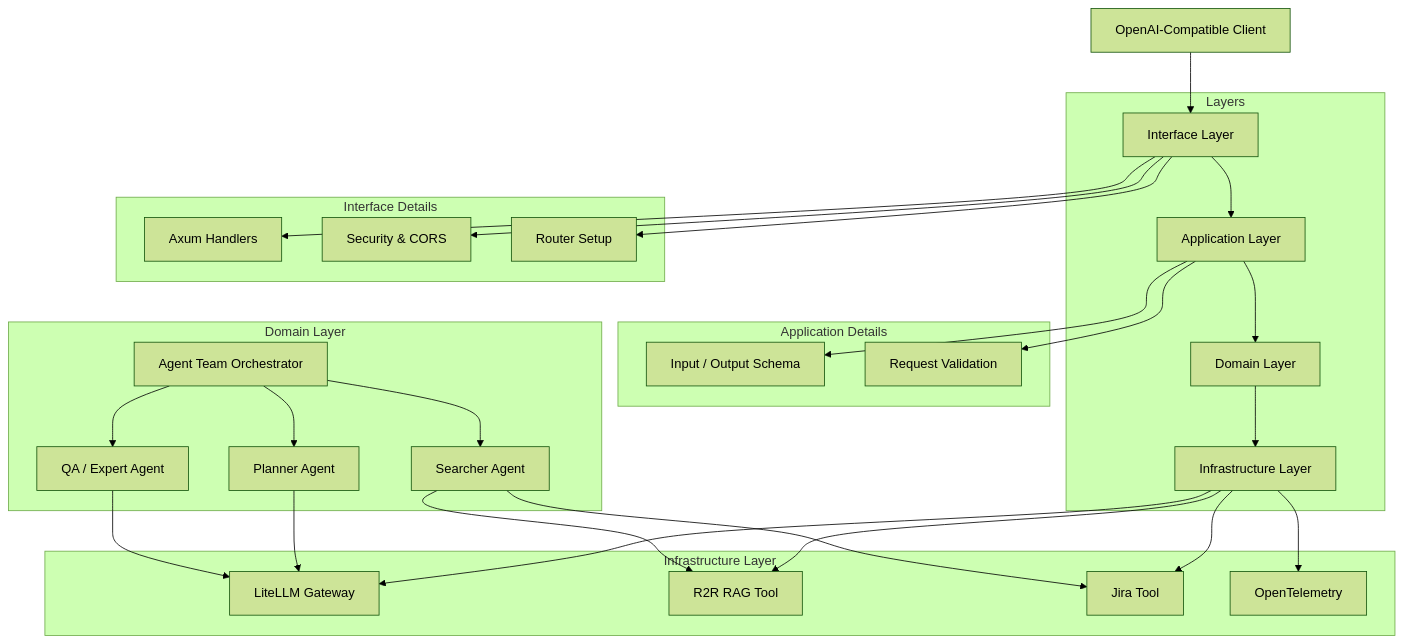
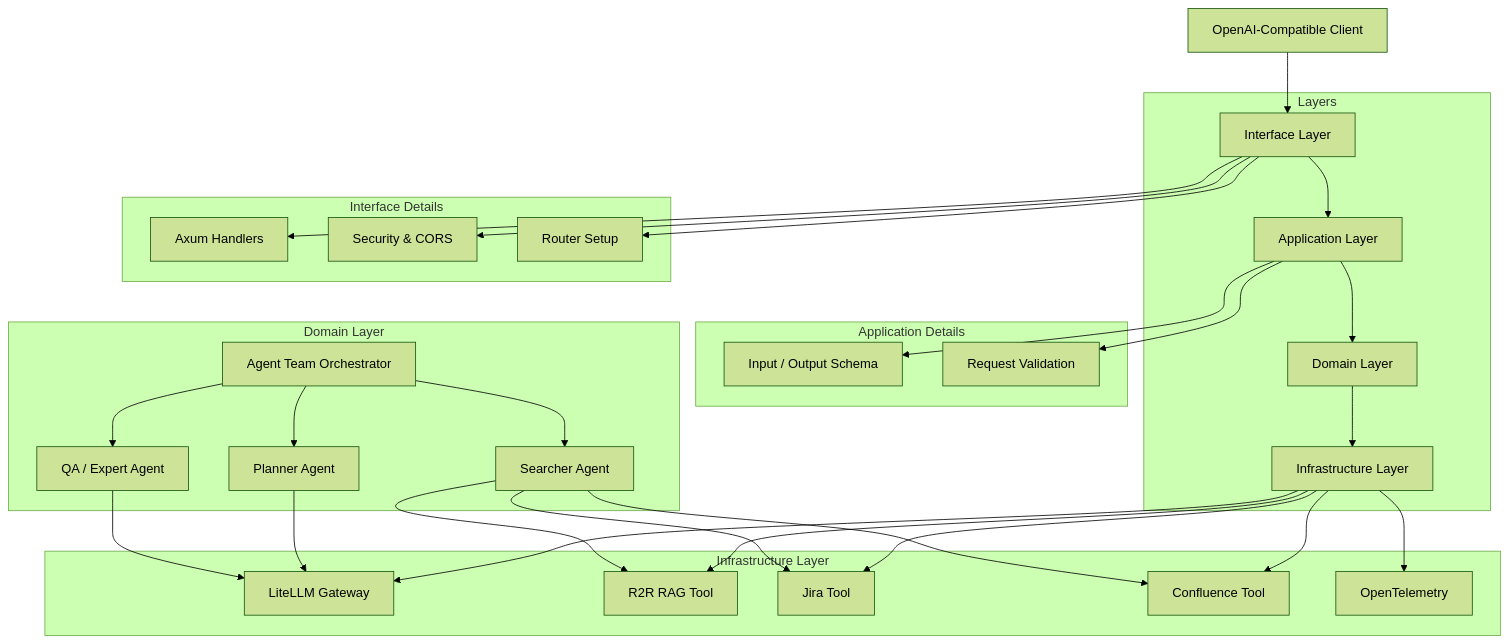
One commit to lgcorzo/fastapi-autogen-team changed the first of 2 diagrams in README.md. Above: the diagram before and after it, drawn with Mermaid (forest theme). The commit also changed other lines of this file and 3 other files, not shown here.

Commit message:
docs: add Confluence tool documentation to README and wiki

````diff
--- a/README.md
+++ b/README.md
@@ -42,41 +42,43 @@
 ```mermaid
 graph TD
     Client[OpenAI-Compatible Client] --> Interface[Interface Layer]
     
     subgraph Layers
         Interface --> Application[Application Layer]
         Application --> Domain[Domain Layer]
         Domain --> Infrastructure[Infrastructure Layer]
     end
 
     subgraph Interface Details
         Interface --> Handlers[Axum Handlers]
         Interface --> Middleware[Security & CORS]
         Interface --> Routes[Router Setup]
     end
 
     subgraph Application Details
         Application --> DTOs[Input / Output Schema]
         Application --> Validation[Request Validation]
     end
 
     subgraph Domain Layer
         AgentTeam[Agent Team Orchestrator]
         AgentTeam --> Planner[Planner Agent]
         AgentTeam --> Searcher[Searcher Agent]
         AgentTeam --> QA[QA / Expert Agent]
     end
 
     subgraph Infrastructure Layer
         Infrastructure --> LiteLLM[LiteLLM Gateway]
         Infrastructure --> R2R[R2R RAG Tool]
         Infrastructure --> Jira[Jira Tool]
+        Infrastructure --> Confluence[Confluence Tool]
         Infrastructure --> Telemetry[OpenTelemetry]
     end
 
     %% Dependencies
     Planner --> LiteLLM
     Searcher --> R2R
     Searcher --> Jira
+    Searcher --> Confluence
     QA --> LiteLLM
 ```
````
